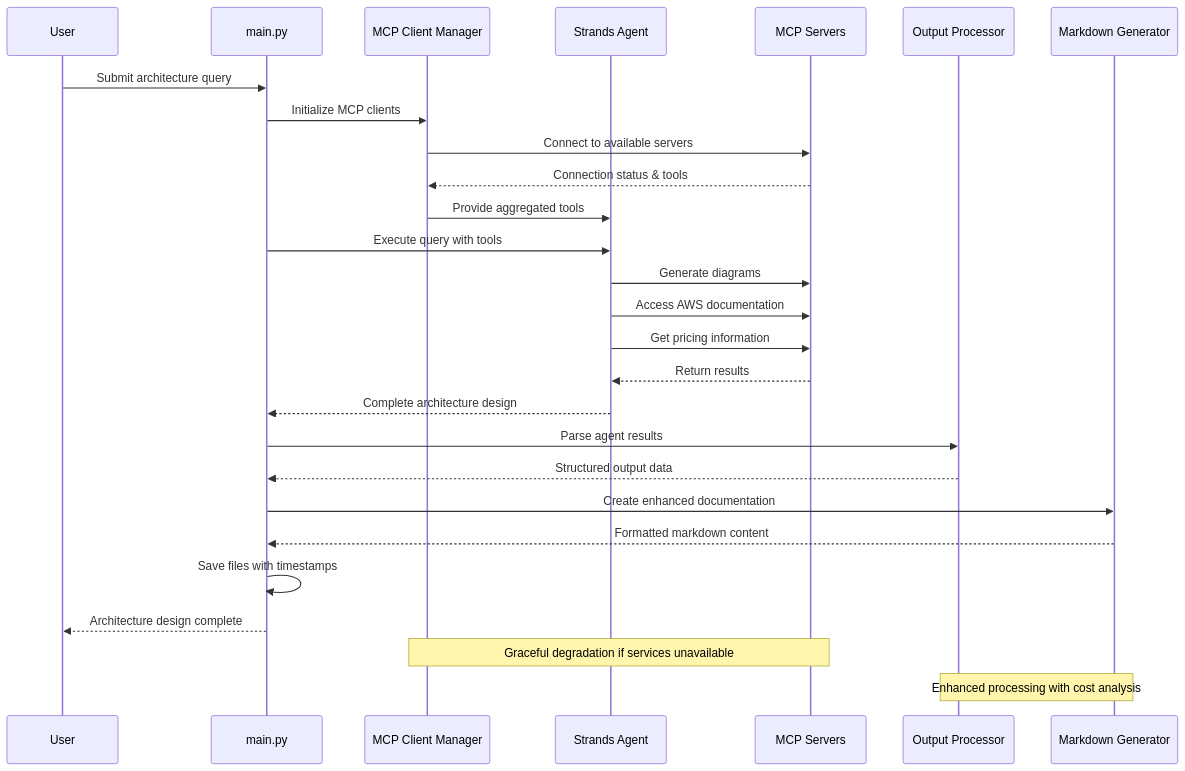
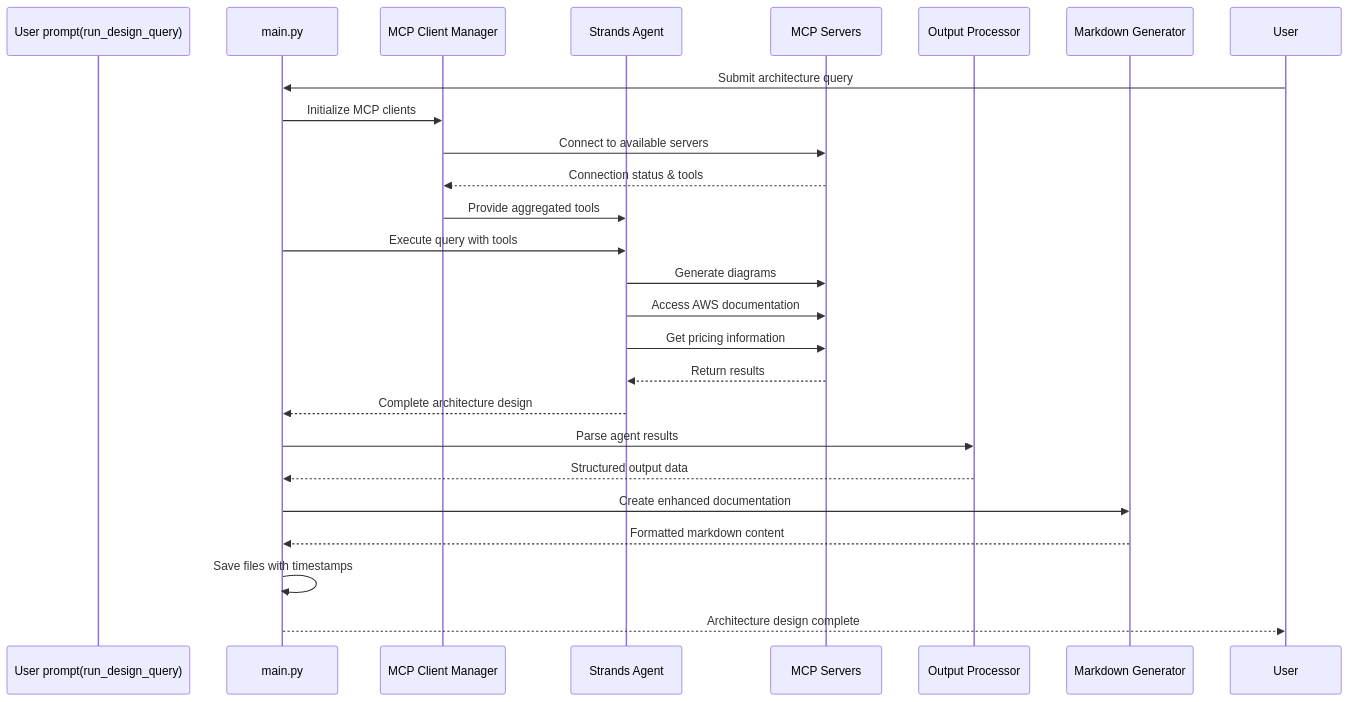
One commit to chungos/lzbot-5000 changed the second of 2 diagrams in README.md. Above: the diagram before and after it, drawn with Mermaid. The commit also changed other lines of this file, not shown here.

````diff
--- a/README.md
+++ b/README.md
@@ -146,35 +146,33 @@
 ```mermaid
 sequenceDiagram
-    participant User
+    participant User prompt(run_design_query)
     participant Main as main.py
     participant MCM as MCP Client Manager
     participant Agent as Strands Agent
     participant MCP as MCP Servers
     participant Processor as Output Processor
     participant Generator as Markdown Generator
     
     User->>Main: Submit architecture query
     Main->>MCM: Initialize MCP clients
     MCM->>MCP: Connect to available servers
     MCP-->>MCM: Connection status & tools
     MCM->>Agent: Provide aggregated tools
     
     Main->>Agent: Execute query with tools
     Agent->>MCP: Generate diagrams
     Agent->>MCP: Access AWS documentation
     Agent->>MCP: Get pricing information
     MCP-->>Agent: Return results
     
     Agent-->>Main: Complete architecture design
     Main->>Processor: Parse agent results
     Processor-->>Main: Structured output data
     
     Main->>Generator: Create enhanced documentation
     Generator-->>Main: Formatted markdown content
     Main->>Main: Save files with timestamps
     
     Main-->>User: Architecture design complete
     
-    Note over MCM,MCP: Graceful degradation if services unavailable
-    Note over Processor,Generator: Enhanced processing with cost analysis
 ```
````
